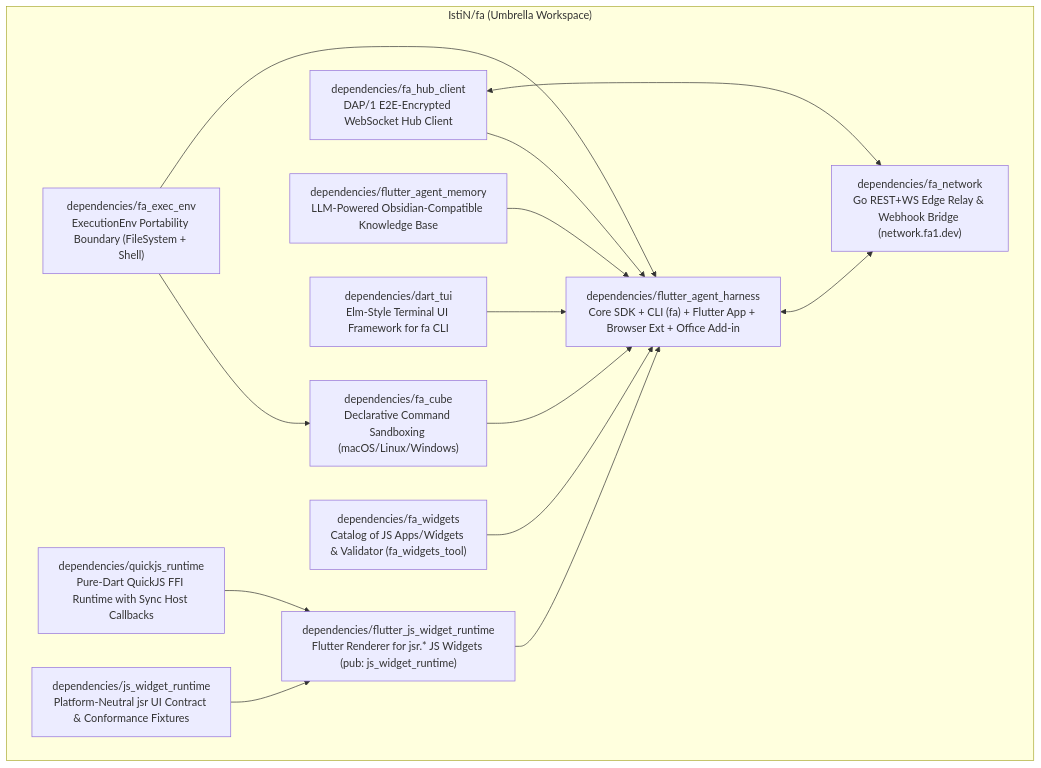
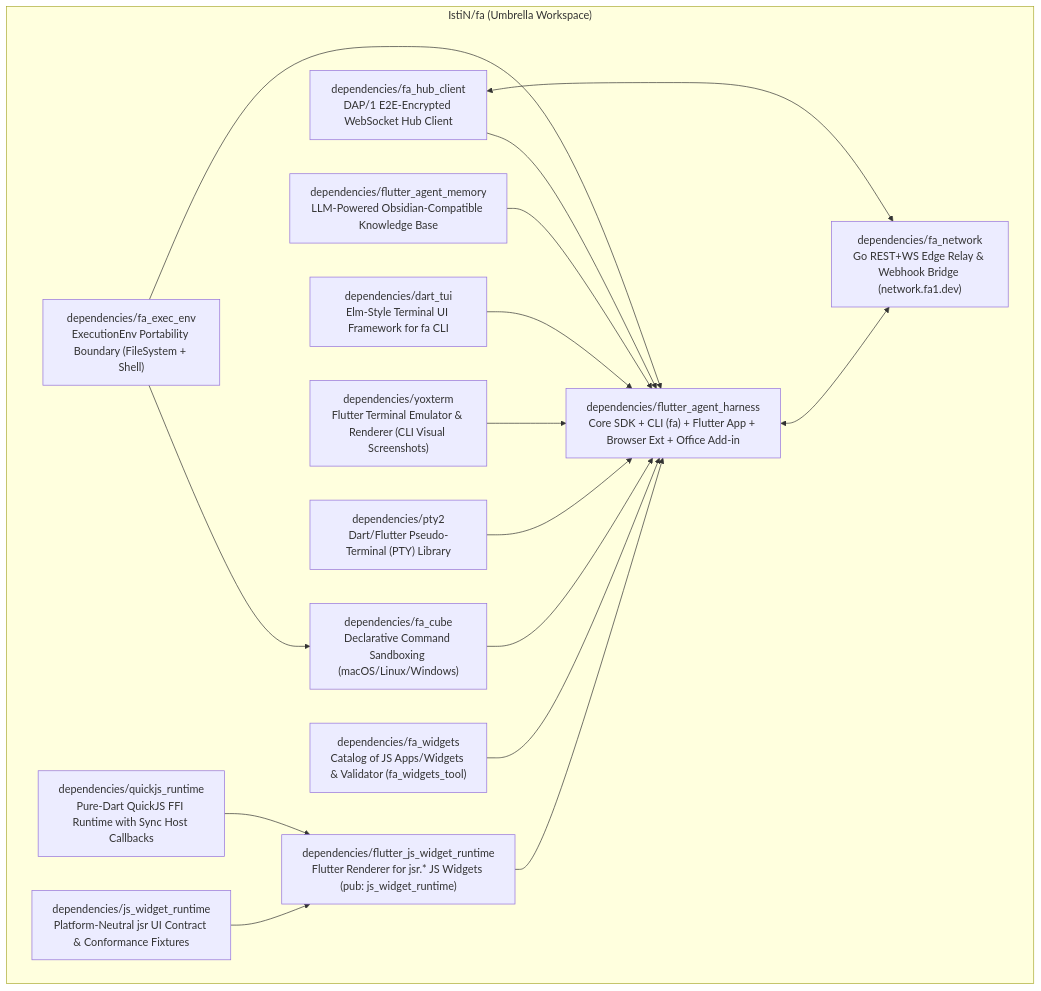
Before and after one commit to IstiN/fa: the diagram in AGENTS.md, drawn with Mermaid. The commit also changed other lines of this file and 2 other files, not shown here.

Commit message:
feat: add IstiN/yoxterm and IstiN/pty2 to umbrella repositories.json

````diff
--- a/AGENTS.md
+++ b/AGENTS.md
@@ -11,29 +11,33 @@
 ```mermaid
 flowchart TB
     subgraph UMBRELLA["IstiN/fa (Umbrella Workspace)"]
         HARNESS["dependencies/flutter_agent_harness<br/>Core SDK + CLI (fa) + Flutter App + Browser Ext + Office Add-in"]
         NETWORK["dependencies/fa_network<br/>Go REST+WS Edge Relay & Webhook Bridge (network.fa1.dev)"]
         HUB_CLIENT["dependencies/fa_hub_client<br/>DAP/1 E2E-Encrypted WebSocket Hub Client"]
         CUBE["dependencies/fa_cube<br/>Declarative Command Sandboxing (macOS/Linux/Windows)"]
         EXEC_ENV["dependencies/fa_exec_env<br/>ExecutionEnv Portability Boundary (FileSystem + Shell)"]
         MEMORY["dependencies/flutter_agent_memory<br/>LLM-Powered Obsidian-Compatible Knowledge Base"]
         WIDGETS["dependencies/fa_widgets<br/>Catalog of JS Apps/Widgets & Validator (fa_widgets_tool)"]
         FLUTTER_JSR["dependencies/flutter_js_widget_runtime<br/>Flutter Renderer for jsr.* JS Widgets (pub: js_widget_runtime)"]
         JSR_SPEC["dependencies/js_widget_runtime<br/>Platform-Neutral jsr UI Contract & Conformance Fixtures"]
         QUICKJS["dependencies/quickjs_runtime<br/>Pure-Dart QuickJS FFI Runtime with Sync Host Callbacks"]
         DART_TUI["dependencies/dart_tui<br/>Elm-Style Terminal UI Framework for fa CLI"]
+        YOXTERM["dependencies/yoxterm<br/>Flutter Terminal Emulator & Renderer (CLI Visual Screenshots)"]
+        PTY2["dependencies/pty2<br/>Dart/Flutter Pseudo-Terminal (PTY) Library"]
     end
 
     EXEC_ENV --> CUBE
     EXEC_ENV --> HARNESS
     CUBE --> HARNESS
     HUB_CLIENT --> HARNESS
     MEMORY --> HARNESS
     DART_TUI --> HARNESS
+    YOXTERM --> HARNESS
+    PTY2 --> HARNESS
     QUICKJS --> FLUTTER_JSR
     JSR_SPEC --> FLUTTER_JSR
     FLUTTER_JSR --> HARNESS
     WIDGETS --> HARNESS
     HARNESS <--> NETWORK
     HUB_CLIENT <--> NETWORK
 ```
````
